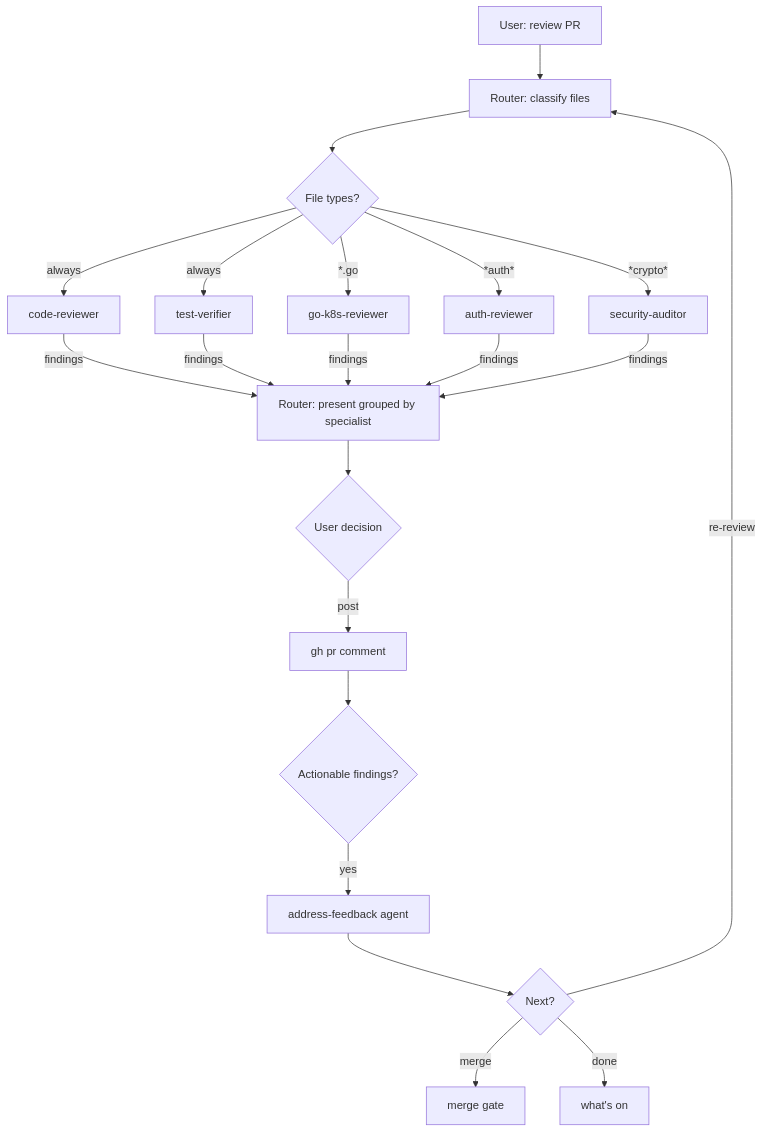
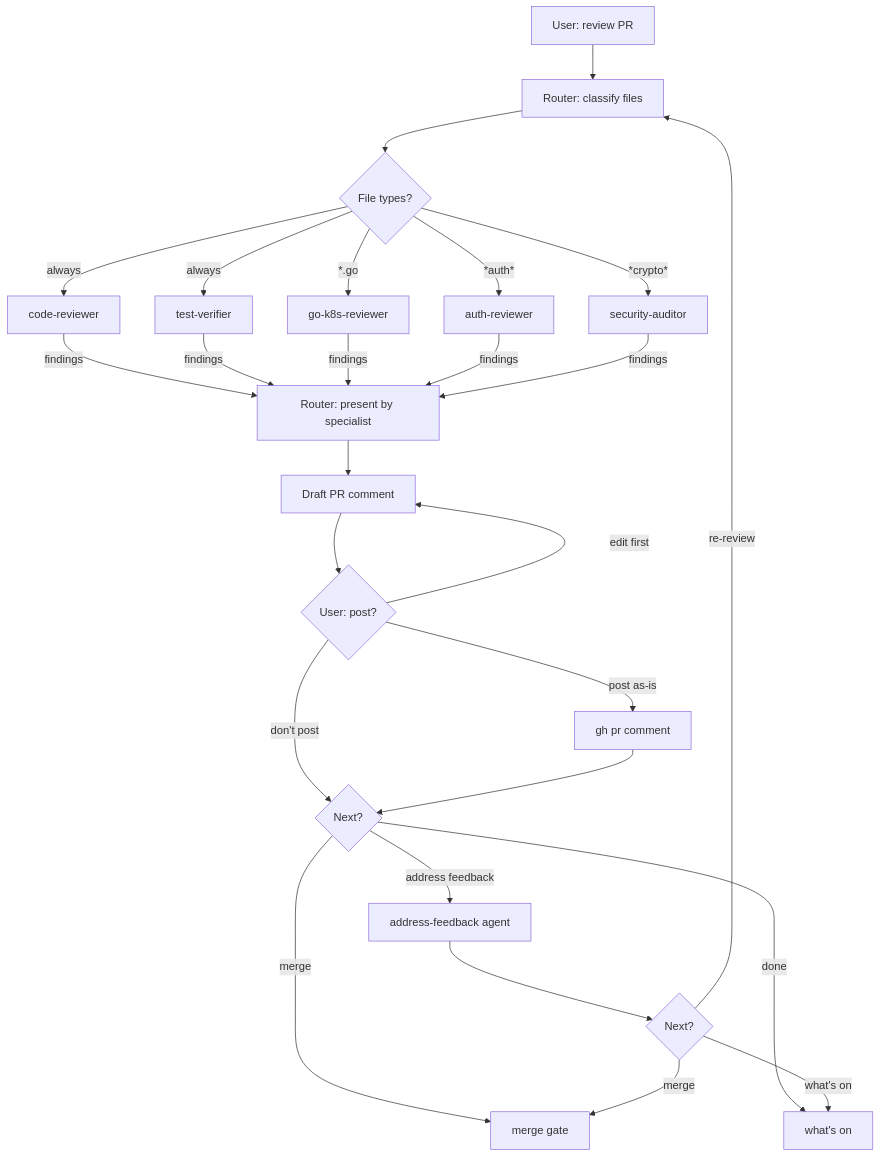
The second of 4 diagrams in README.md (jasonmadigan/clawdio), drawn with Mermaid before and after one commit. The commit also changed 1 other file, not shown here.

Commit message:
review flow diagram: add comment draft/approval and post-feedback decision points

````diff
--- a/README.md
+++ b/README.md
@@ -74,19 +74,24 @@
 ```mermaid
 graph TD
     A[User: review PR] --> B[Router: classify files]
     B --> C{File types?}
     C -->|always| D[code-reviewer]
     C -->|always| E[test-verifier]
     C -->|*.go| F[go-k8s-reviewer]
     C -->|*auth*| G[auth-reviewer]
     C -->|*crypto*| H[security-auditor]
-    D & E & F & G & H -->|findings| I[Router: present grouped by specialist]
-    I --> J{User decision}
-    J -->|post| K[gh pr comment]
-    K --> L{Actionable findings?}
-    L -->|yes| M[address-feedback agent]
-    M --> N{Next?}
-    N -->|re-review| B
-    N -->|merge| O[merge gate]
-    N -->|done| P[what's on]
+    D & E & F & G & H -->|findings| I[Router: present by specialist]
+    I --> J[Draft PR comment]
+    J --> K{User: post?}
+    K -->|post as-is| L[gh pr comment]
+    K -->|edit first| J
+    K -->|don't post| M{Next?}
+    L --> M
+    M -->|address feedback| N[address-feedback agent]
+    M -->|merge| O[merge gate]
+    M -->|done| P[what's on]
+    N --> Q{Next?}
+    Q -->|re-review| B
+    Q -->|merge| O
+    Q -->|what's on| P
 ```
````
